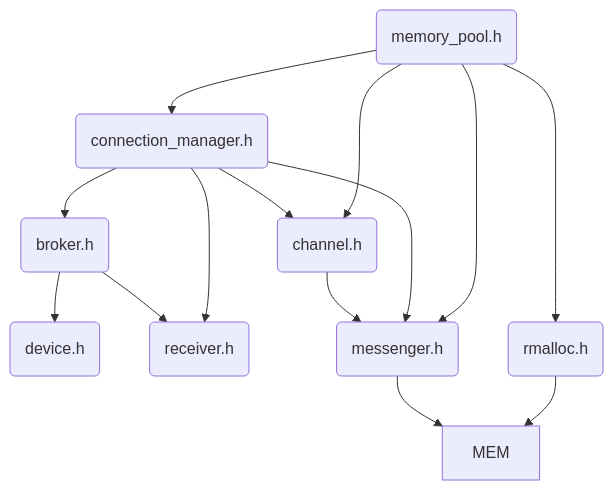
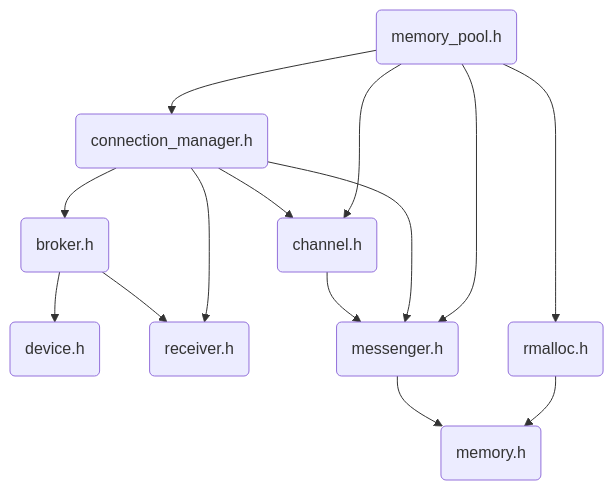
Before and after one commit to sss-lehigh/remus: the diagram in notes.md, drawn with Mermaid. The commit also changed 7 other files, not shown here.

````diff
--- a/notes.md
+++ b/notes.md
@@ -3,18 +3,19 @@
 ```mermaid
 graph TD
     B(broker.h) --> D
-    B(broker.h) --> RCV
+    B --> RCV
     CH(channel.h) --> MSG
     CM(connection_manager.h) --> CH
-    CM(connection_manager.h) --> MSG
-    CM(connection_manager.h) --> RCV
-    CM(connection_manager.h) --> B
+    CM --> MSG
+    CM --> RCV
+    CM --> B
     D(device.h)
+    MEM(memory.h)
     MP(memory_pool.h) --> CH
-    MP(memory_pool.h) --> CM
-    MP(memory_pool.h) --> MSG
-    MP(memory_pool.h) --> RM
+    MP --> CM
+    MP --> MSG
+    MP --> RM
     MSG(messenger.h) --> MEM
     RCV(receiver.h)
     RM(rmalloc.h) --> MEM
 ```
````
